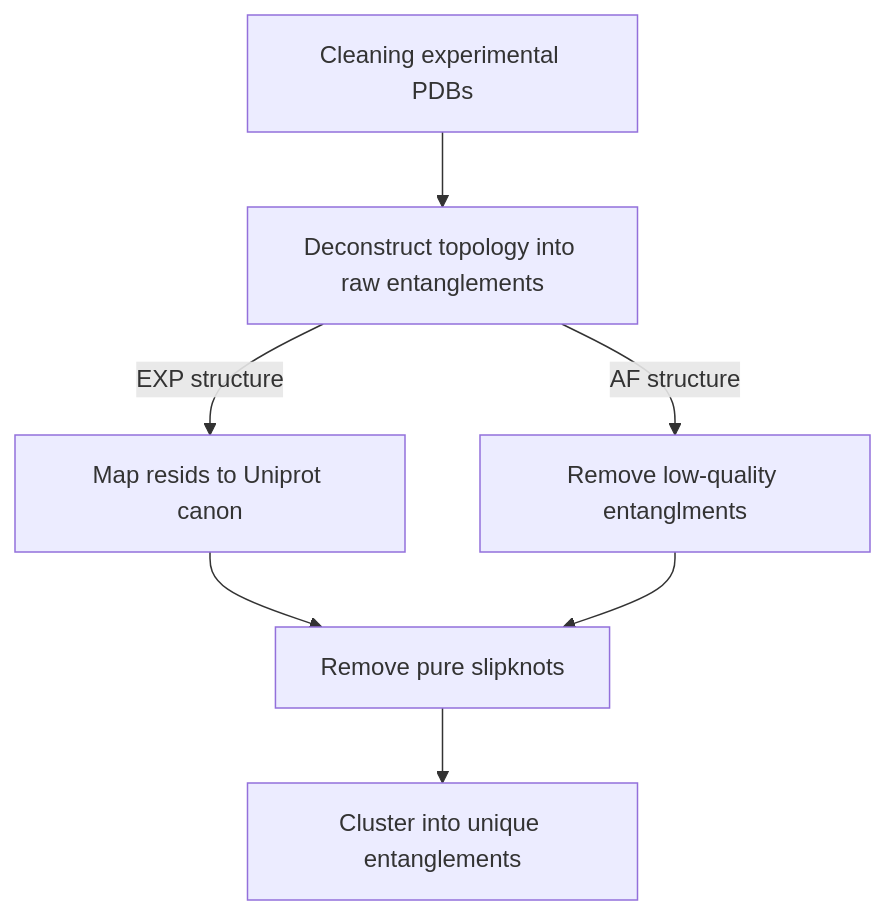
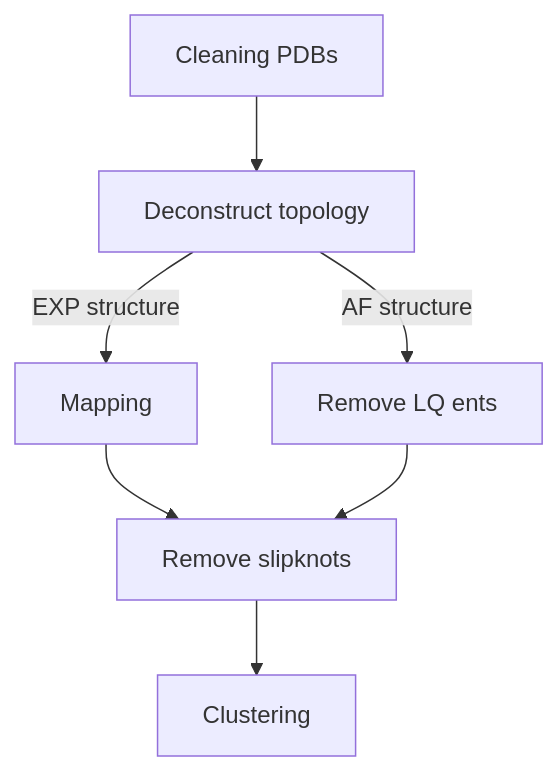
One commit to obrien-lab-psu/Failure-to-Form_Native_Entanglements changed the diagram in Native_Entanglements_in_PDBs/README.md. Above: the diagram before and after it, drawn with Mermaid.

Commit message:
testing out mermaid flow charts

````diff
--- a/Native_Entanglements_in_PDBs/README.md
+++ b/Native_Entanglements_in_PDBs/README.md
@@ -7,6 +7,6 @@
 ```mermaid
 graph TD
-    A[Cleaning experimental PDBs] --> B[Deconstruct topology into raw entanglements]
-    B -- EXP structure --> C[Map resids to Uniprot canon] --> D[Remove pure slipknots] --> E[Cluster into unique entanglements]
-    B -- AF structure --> F[Remove low-quality entanglments] --> D
+    A[Cleaning PDBs] --> B[Deconstruct topology]
+    B -- EXP structure --> C[Mapping] --> D[Remove slipknots] --> E[Clustering]
+    B -- AF structure --> F[Remove LQ ents] --> D
 ``` 
````
